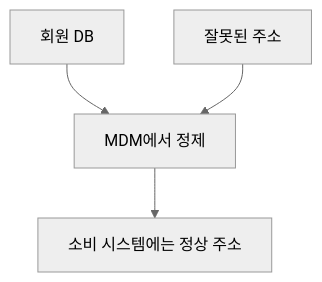
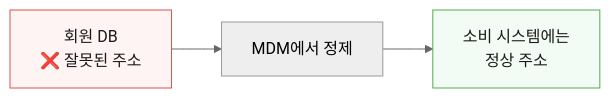
One commit to i31pc17/bitbook changed diagram 19 of 23 in 모던 데이터 아키텍처/18장. 마스터 데이터 관리.md. Above: the diagram before and after it, drawn with Mermaid (neutral theme). The commit also changed other lines of this file, not shown here.

````diff
--- a/모던 데이터 아키텍처/18장. 마스터 데이터 관리.md
+++ b/모던 데이터 아키텍처/18장. 마스터 데이터 관리.md
@@ -1435,10 +1304,7 @@
 ```mermaid
-flowchart TD
-    n0["회원 DB"]
-    n1["잘못된 주소"]
-    n2["MDM에서 정제"]
-    n3["소비 시스템에는 정상 주소"]
-    n0 --> n2
-    n1 --> n2
-    n2 --> n3
+flowchart LR
+    SRC["회원 DB<br/>❌ 잘못된 주소"] --> FIX["MDM에서 정제"] --> OK["소비 시스템에는<br/>정상 주소"]
+
+    style SRC fill:#fff4f4,stroke:#d9534f,color:#1a1a1a
+    style OK fill:#f2fbf4,stroke:#4caf50,color:#1a1a1a
 ```
````
